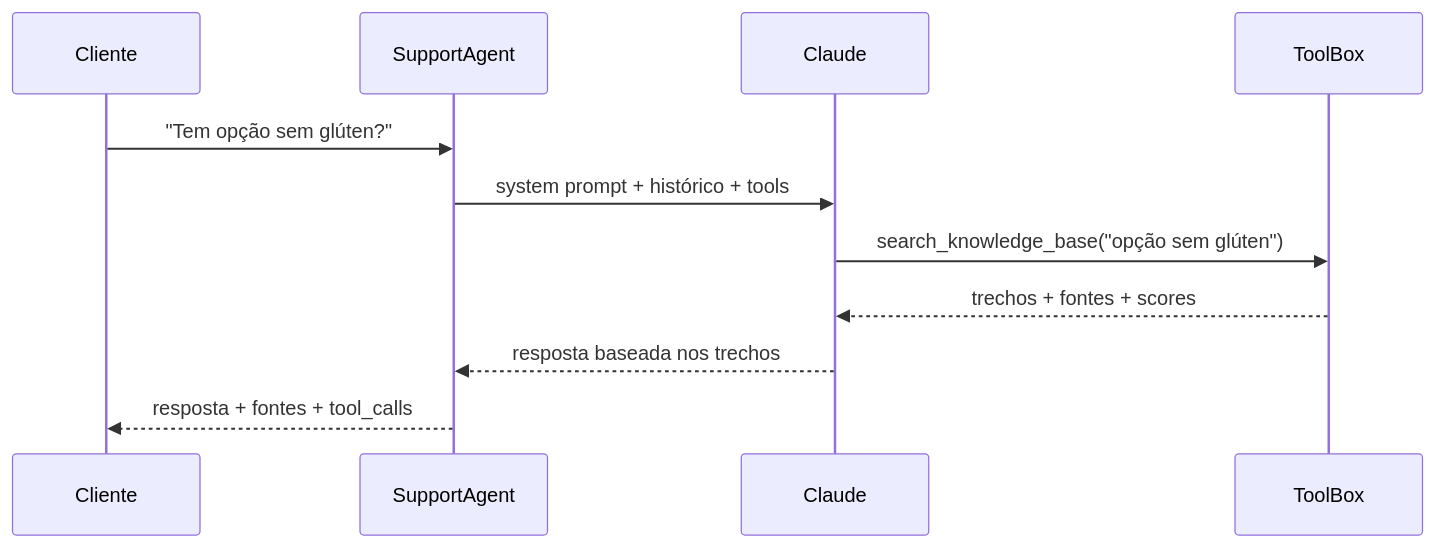
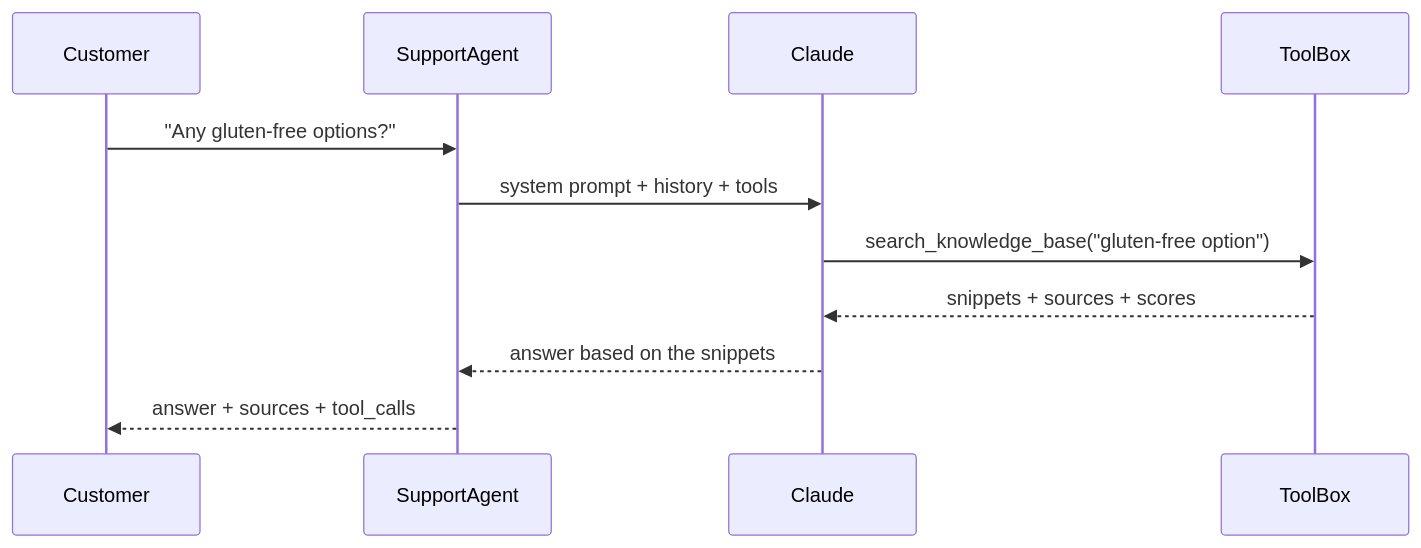
Before and after one commit to PresetyX/restaurant-support-agent: the second of 2 diagrams in README.md, drawn with Mermaid. The commit also changed other lines of this file and 1 other file, not shown here.

````diff
--- a/README.md
+++ b/README.md
@@ -75,13 +78,13 @@
 ```mermaid
 sequenceDiagram
-    participant C as Cliente
+    participant C as Customer
     participant A as SupportAgent
     participant L as Claude
     participant T as ToolBox
-    C->>A: "Tem opção sem glúten?"
-    A->>L: system prompt + histórico + tools
-    L->>T: search_knowledge_base("opção sem glúten")
-    T-->>L: trechos + fontes + scores
-    L-->>A: resposta baseada nos trechos
-    A-->>C: resposta + fontes + tool_calls
+    C->>A: "Any gluten-free options?"
+    A->>L: system prompt + history + tools
+    L->>T: search_knowledge_base("gluten-free option")
+    T-->>L: snippets + sources + scores
+    L-->>A: answer based on the snippets
+    A-->>C: answer + sources + tool_calls
 ```
````
